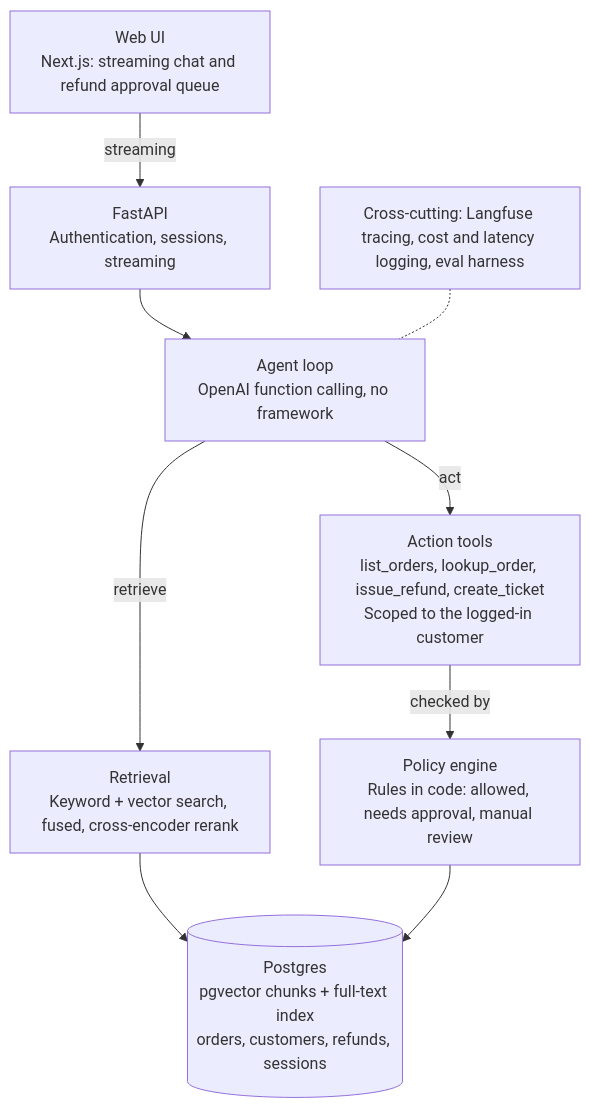
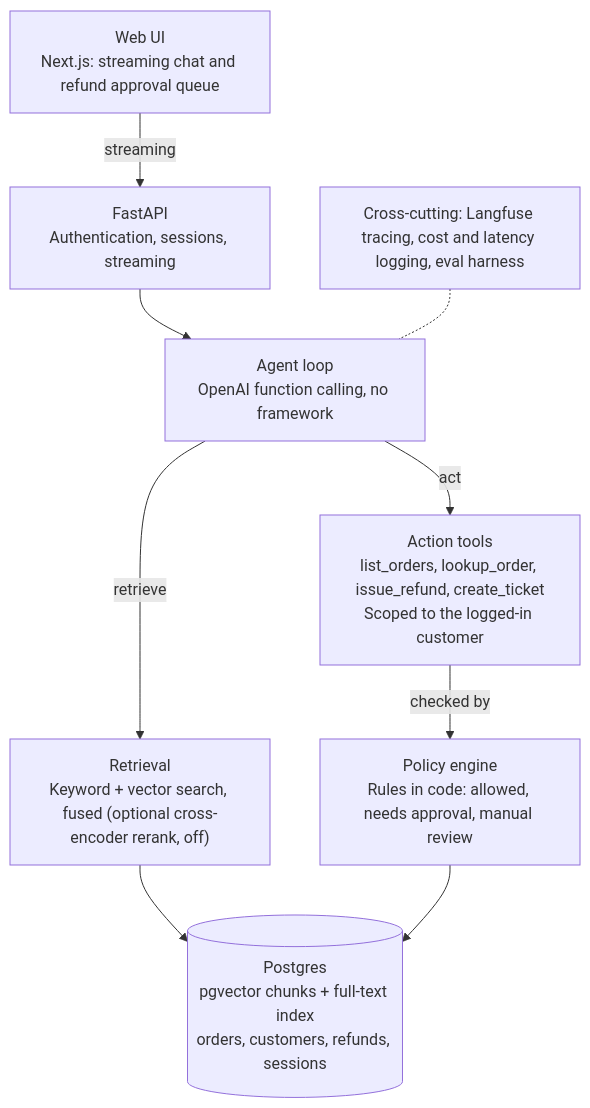
Before and after one commit to chuongtran01/support-agent: the diagram in docs/DESIGN.md, drawn with Mermaid. The commit also changed other lines of this file and 1 other file, not shown here.

Commit message:
docs: add results, architecture and reproduce commands to the README

````diff
--- a/docs/DESIGN.md
+++ b/docs/DESIGN.md
@@ -27,16 +27,16 @@
 ```mermaid
 flowchart TD
     UI["Web UI<br/>Next.js: streaming chat and refund approval queue"]
     API["FastAPI<br/>Authentication, sessions, streaming"]
     AGENT["Agent loop<br/>OpenAI function calling, no framework"]
-    RET["Retrieval<br/>Keyword + vector search, fused, cross-encoder rerank"]
+    RET["Retrieval<br/>Keyword + vector search, fused (optional cross-encoder rerank, off)"]
     TOOLS["Action tools<br/>list_orders, lookup_order, issue_refund, create_ticket<br/>Scoped to the logged-in customer"]
     POLICY["Policy engine<br/>Rules in code: allowed, needs approval, manual review"]
     PG[("Postgres<br/>pgvector chunks + full-text index<br/>orders, customers, refunds, sessions")]
     CC["Cross-cutting: Langfuse tracing, cost and latency logging, eval harness"]
 
     UI -->|streaming| API --> AGENT
     AGENT -->|retrieve| RET --> PG
     AGENT -->|act| TOOLS -->|checked by| POLICY --> PG
     CC -.- AGENT
 ```
````
